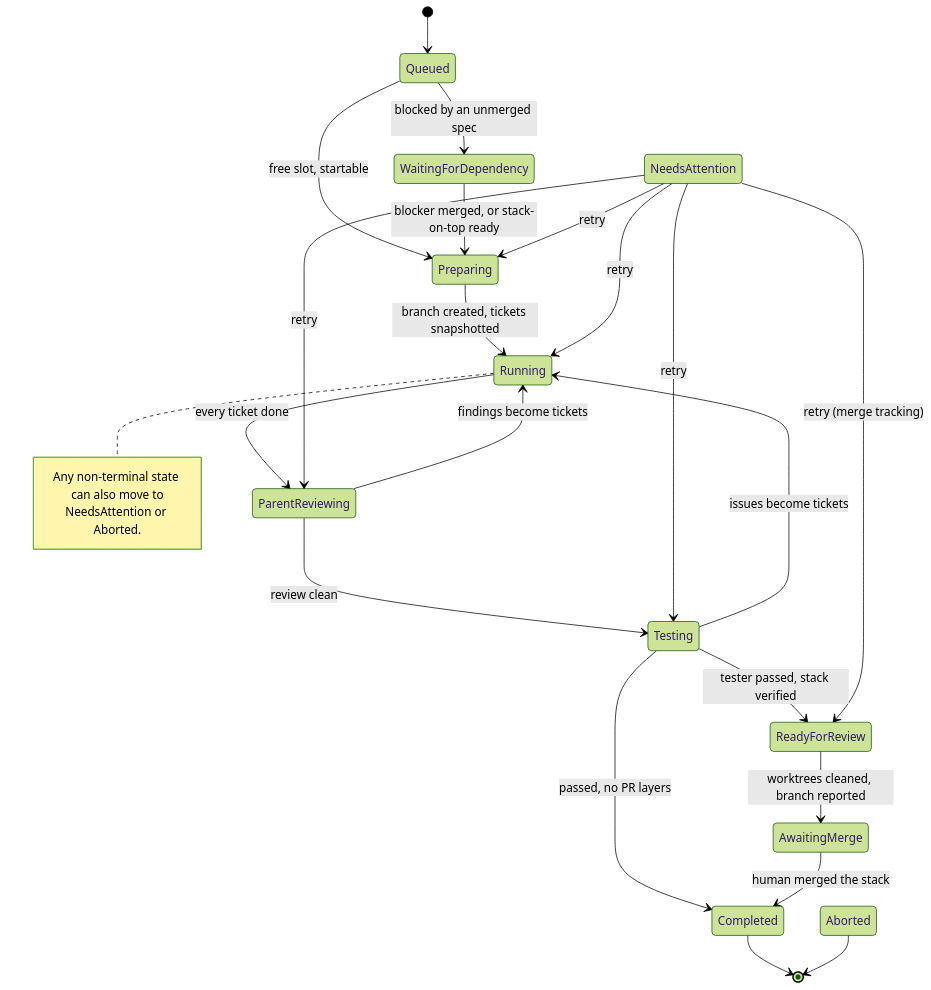
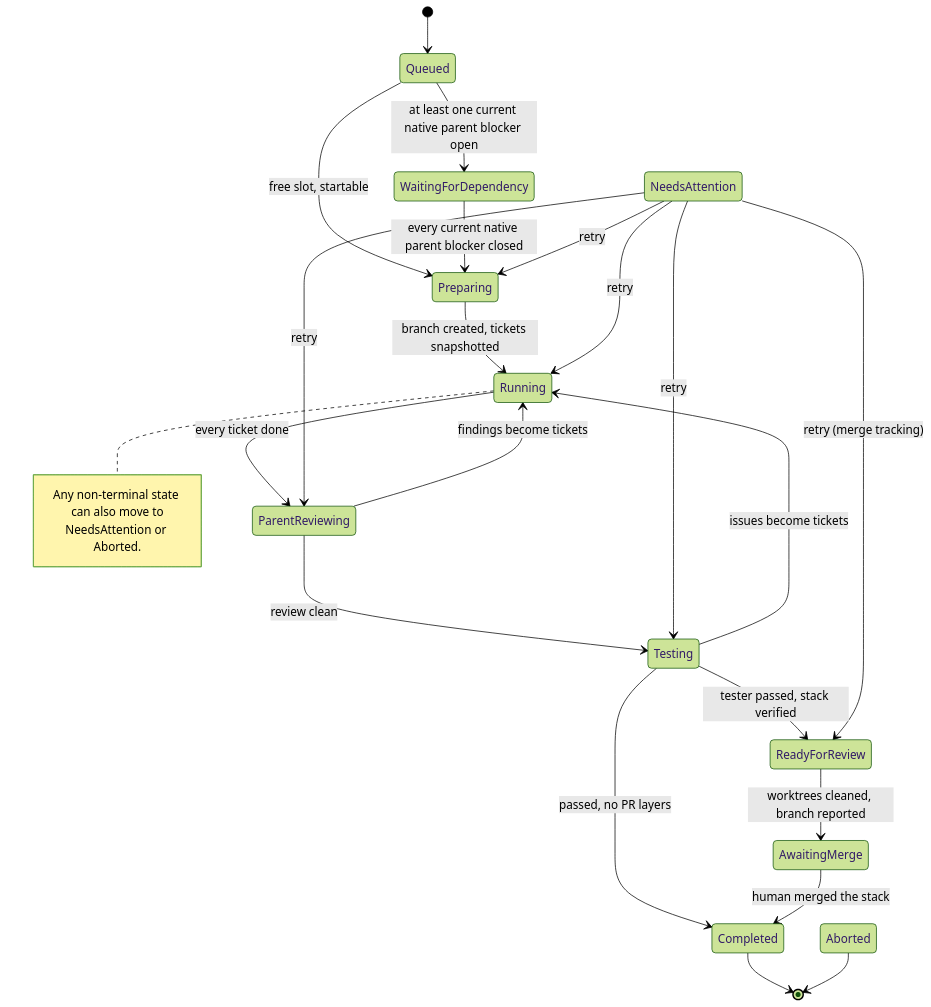
The second of 7 diagrams in docfx/developer-guide/run-lifecycle.md (FlorianAlbert/WebDevLoop), drawn with Mermaid (forest theme) before and after one commit. The commit also changed other lines of this file and 117 other files, not shown here.

First line of the commit message:
Honor parent blockers and remove cross-spec stacking (#44)

````diff
--- a/docfx/developer-guide/run-lifecycle.md
+++ b/docfx/developer-guide/run-lifecycle.md
@@ -28,27 +28,27 @@
 ```mermaid
 stateDiagram-v2
     [*] --> Queued
-    Queued --> WaitingForDependency: blocked by an unmerged spec
+    Queued --> WaitingForDependency: at least one current native parent blocker open
     Queued --> Preparing: free slot, startable
-    WaitingForDependency --> Preparing: blocker merged, or stack-on-top ready
+    WaitingForDependency --> Preparing: every current native parent blocker closed
     Preparing --> Running: branch created, tickets snapshotted
     Running --> ParentReviewing: every ticket done
     ParentReviewing --> Running: findings become tickets
     ParentReviewing --> Testing: review clean
     Testing --> Running: issues become tickets
     Testing --> ReadyForReview: tester passed, stack verified
     Testing --> Completed: passed, no PR layers
     ReadyForReview --> AwaitingMerge: worktrees cleaned, branch reported
     AwaitingMerge --> Completed: human merged the stack
     NeedsAttention --> Preparing: retry
     NeedsAttention --> Running: retry
     NeedsAttention --> ParentReviewing: retry
     NeedsAttention --> Testing: retry
     NeedsAttention --> ReadyForReview: retry (merge tracking)
     Completed --> [*]
     Aborted --> [*]
     note right of Running
         Any non-terminal state can also move to
         NeedsAttention or Aborted.
     end note
 ```
````
